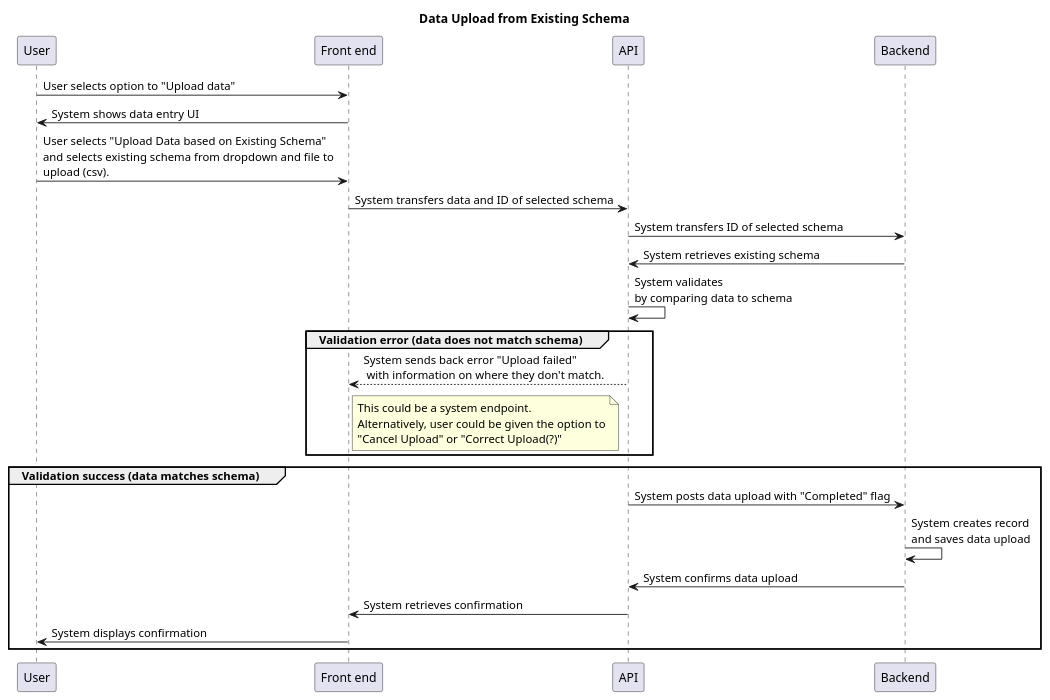
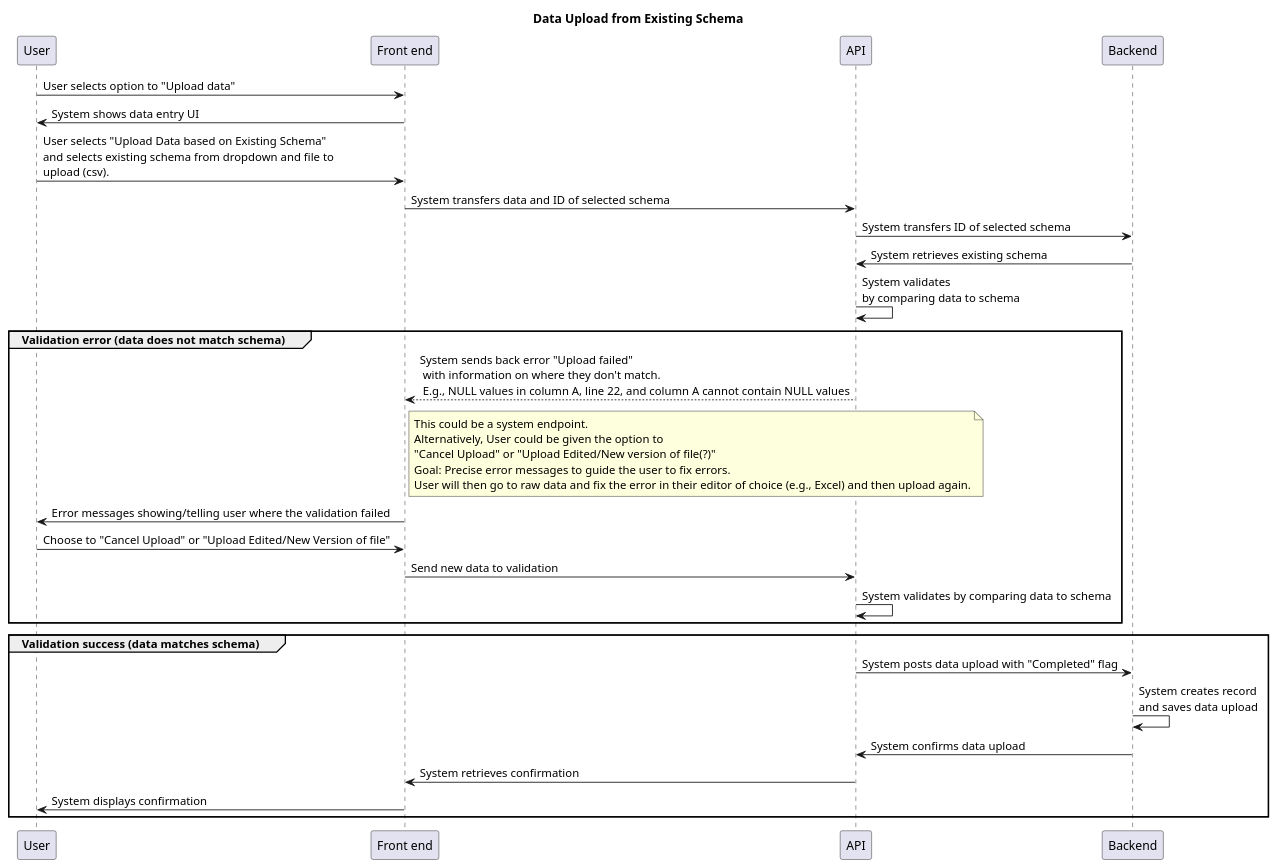
One commit to signekb/seedcase-sprout changed the diagram in docs/design/images/data-upload-sequence.puml. Above: the diagram before and after it, drawn with PlantUML. The commit also changed other lines of this file and 1 other file, not shown here.

```diff
--- a/docs/design/images/data-upload-sequence.puml
+++ b/docs/design/images/data-upload-sequence.puml
@@ -1,38 +1,44 @@
 @startuml data-upload-sequence
 
 title Data Upload from Existing Schema
 ' User uploads data to existing data schema
 
 'Question: Will this process be identical for initial and subsequent uploads? 
 'I'm guessing not? Should we create a new sequence diagram for that?
 
 participant "User" as u
 participant "Front end" as f
 participant "API" as api
 participant "Backend" as b
 
 u -> f: User selects option to "Upload data"
 f -> u: System shows data entry UI
 u -> f: User selects "Upload Data based on Existing Schema"\nand selects existing schema from dropdown and file to\nupload (csv).
 f -> api: System transfers data and ID of selected schema
 api -> b: System transfers ID of selected schema 
 b -> api: System retrieves existing schema
 api -> api: System validates\nby comparing data to schema
 
 group Validation error (data does not match schema)
-    api --> f: System sends back error "Upload failed"\n with information on where they don't match.
+    api --> f: System sends back error "Upload failed"\n with information on where they don't match.\n E.g., NULL values in column A, line 22, and column A cannot contain NULL values
     note right of f
         This could be a system endpoint.
-        Alternatively, user could be given the option to
-        "Cancel Upload" or "Correct Upload(?)"
+        Alternatively, User could be given the option to
+        "Cancel Upload" or "Upload Edited/New version of file(?)"
+        Goal: Precise error messages to guide the user to fix errors. 
+        User will then go to raw data and fix the error in their editor of choice (e.g., Excel) and then upload again.
     end note
+f -> u: Error messages showing/telling user where the validation failed 
+u -> f: Choose to "Cancel Upload" or "Upload Edited/New Version of file"
+f -> api: Send new data to validation 
+api -> api: System validates by comparing data to schema
 end
 group Validation success (data matches schema)
     api -> b: System posts data upload with "Completed" flag
     b -> b : System creates record\nand saves data upload
     b -> api: System confirms data upload
     api -> f: System retrieves confirmation
     f -> u: System displays confirmation
 end
 
 @enduml
```
